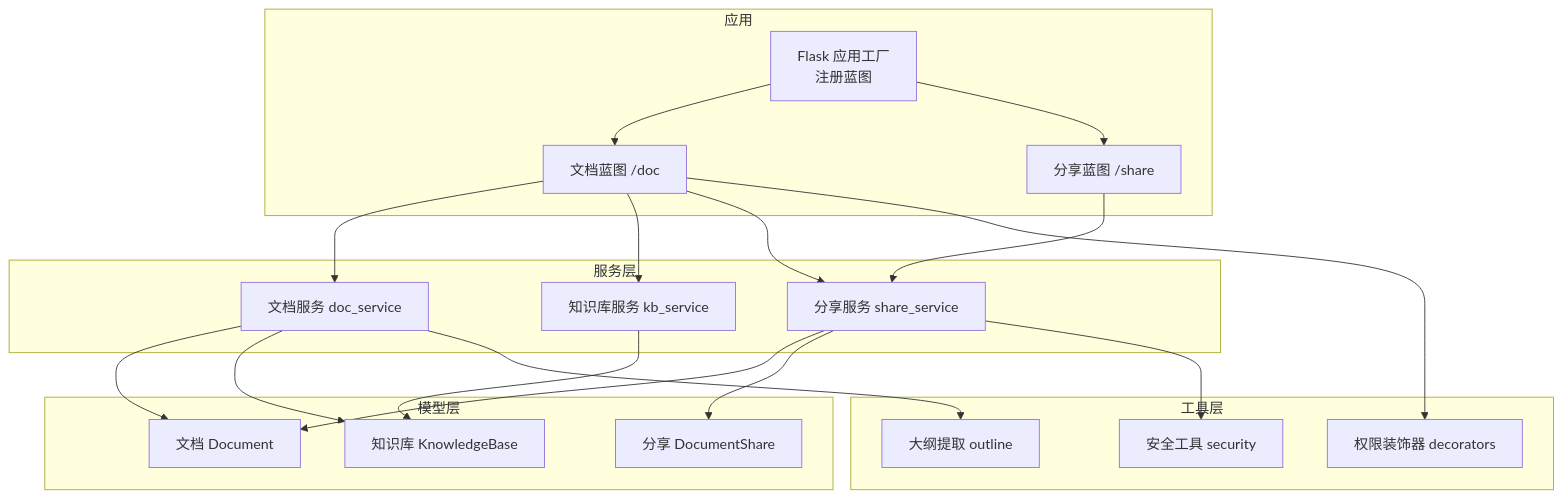
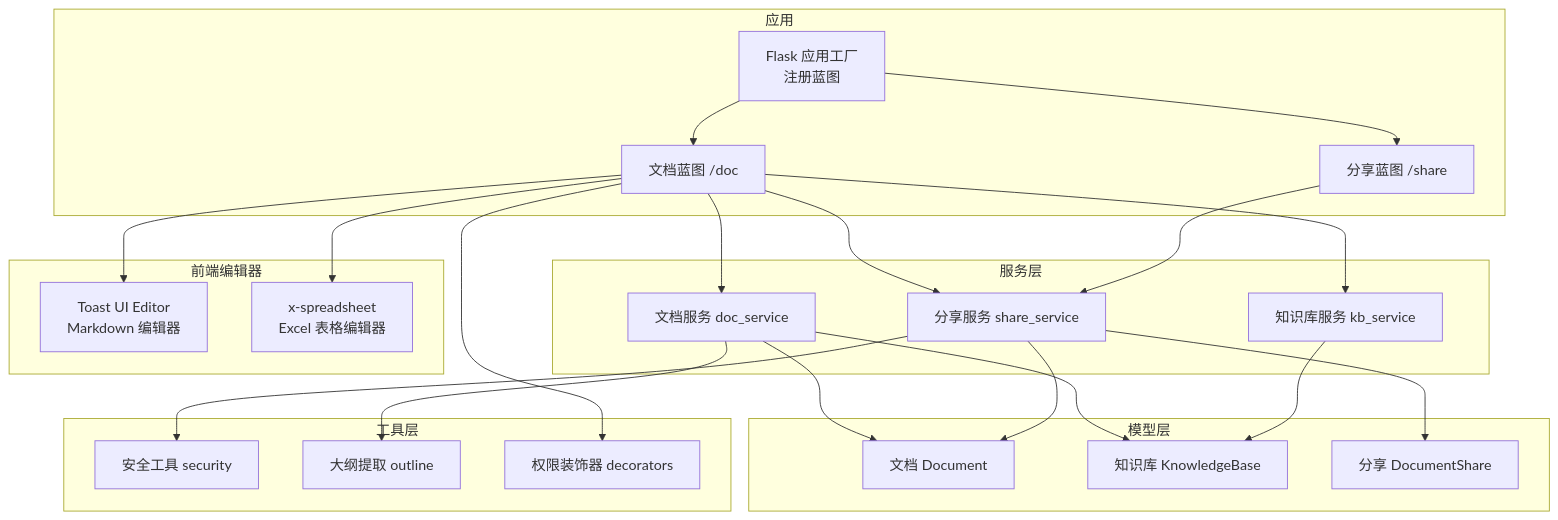
The first of 3 diagrams in .qoder/repowiki/zh/content/核心模块/文档管理系统/文档蓝图路由.md (beyondalbert/my_wiki), drawn with Mermaid before and after one commit. The commit also changed other lines of this file and 7 other files, not shown here.

````diff
--- a/.qoder/repowiki/zh/content/核心模块/文档管理系统/文档蓝图路由.md
+++ b/.qoder/repowiki/zh/content/核心模块/文档管理系统/文档蓝图路由.md
@@ -42,37 +49,43 @@
 ```mermaid
 graph TB
 subgraph "应用"
 A["Flask 应用工厂<br/>注册蓝图"]
 B["文档蓝图 /doc"]
 C["分享蓝图 /share"]
 end
 subgraph "服务层"
 S1["文档服务 doc_service"]
 S2["知识库服务 kb_service"]
 S3["分享服务 share_service"]
 end
 subgraph "模型层"
 M1["文档 Document"]
 M2["知识库 KnowledgeBase"]
 M3["分享 DocumentShare"]
 end
 subgraph "工具层"
 U1["安全工具 security"]
 U2["大纲提取 outline"]
 U3["权限装饰器 decorators"]
 end
+subgraph "前端编辑器"
+E1["Toast UI Editor<br/>Markdown 编辑器"]
+E2["x-spreadsheet<br/>Excel 表格编辑器"]
+end
 A --> B
 A --> C
 B --> S1
 B --> S2
 B --> S3
 C --> S3
 S1 --> M1
 S1 --> M2
 S2 --> M2
 S3 --> M1
 S3 --> M3
 S3 --> U1
 S1 --> U2
 B --> U3
+B --> E1
+B --> E2
 ```
````
